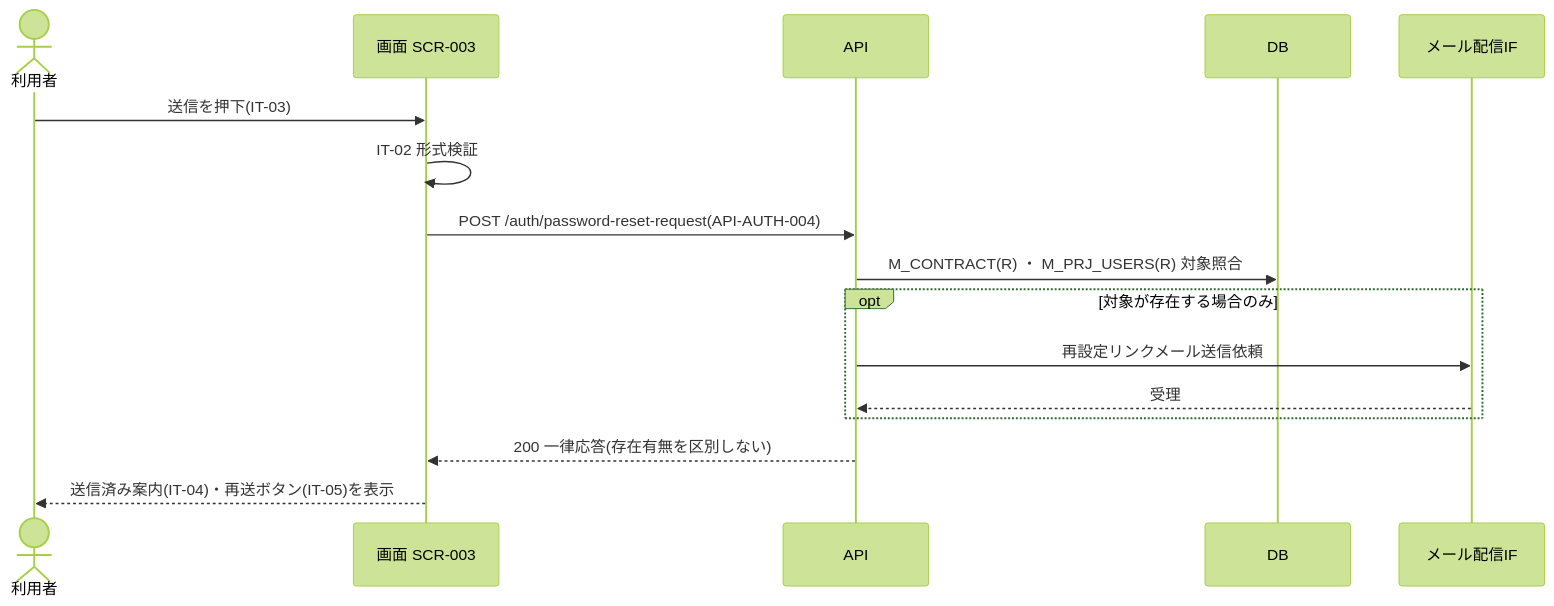
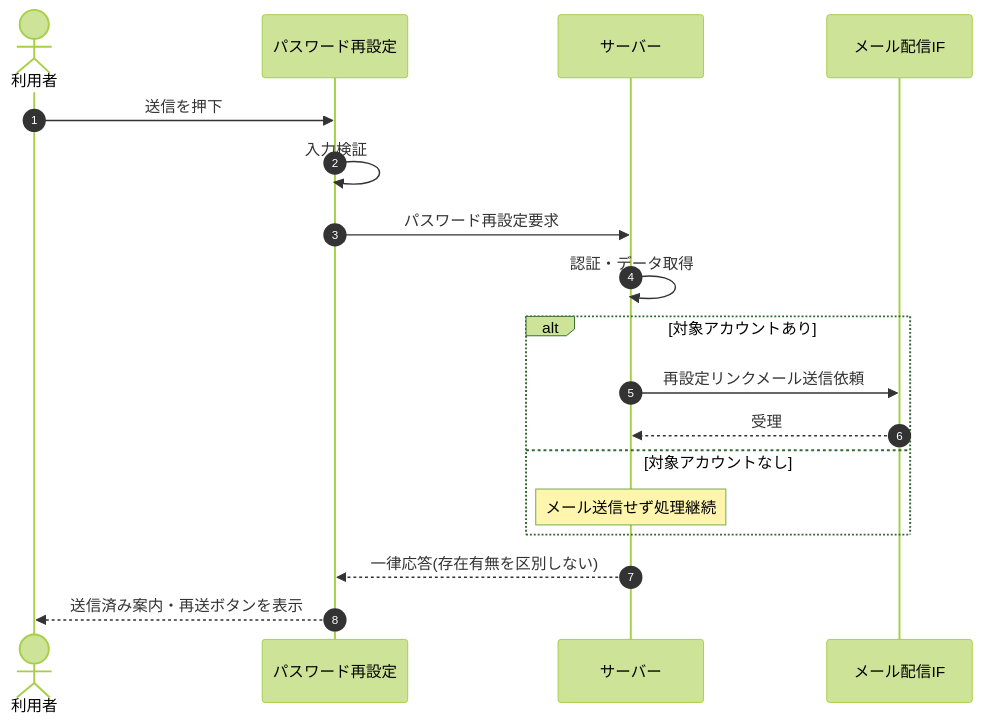
Before and after one commit to sikakou54/open-faq: the diagram in 02_basic_design/05_sequences/SEQ-004.md, drawn with Mermaid (forest theme). The commit also changed other lines of this file and 108 other files, not shown here.

First line of the commit message:
基本設計: シーケンス図を基本設計粒度(ユーザー/画面/サーバー)へ再編成

````diff
--- a/02_basic_design/05_sequences/SEQ-004.md
+++ b/02_basic_design/05_sequences/SEQ-004.md
@@ -25,18 +32,20 @@
 ```mermaid
 sequenceDiagram
+  autonumber
   actor U as 利用者
-  participant S as 画面 SCR-003
-  participant API as API
-  participant DB as DB
-  participant ML as メール配信IF
-  U->>S: 送信を押下(IT-03)
-  S->>S: IT-02 形式検証
-  S->>API: POST /auth/password-reset-request(API-AUTH-004)
-  API->>DB: M_CONTRACT(R) ・ M_PRJ_USERS(R) 対象照合
-  opt 対象が存在する場合のみ
-    API->>ML: 再設定リンクメール送信依頼
-    ML-->>API: 受理
+  participant Screen as パスワード再設定
+  participant Server as サーバー
+  participant MAIL as メール配信IF
+  U->>Screen: 送信を押下
+  Screen->>Screen: 入力検証
+  Screen->>Server: パスワード再設定要求
+  Server->>Server: 認証・データ取得
+  alt 対象アカウントあり
+    Server->>MAIL: 再設定リンクメール送信依頼
+    MAIL-->>Server: 受理
+  else 対象アカウントなし
+    Note over Server: メール送信せず処理継続
   end
-  API-->>S: 200 一律応答(存在有無を区別しない)
-  S-->>U: 送信済み案内(IT-04)・再送ボタン(IT-05)を表示
+  Server-->>Screen: 一律応答(存在有無を区別しない)
+  Screen-->>U: 送信済み案内・再送ボタンを表示
 ```
````
